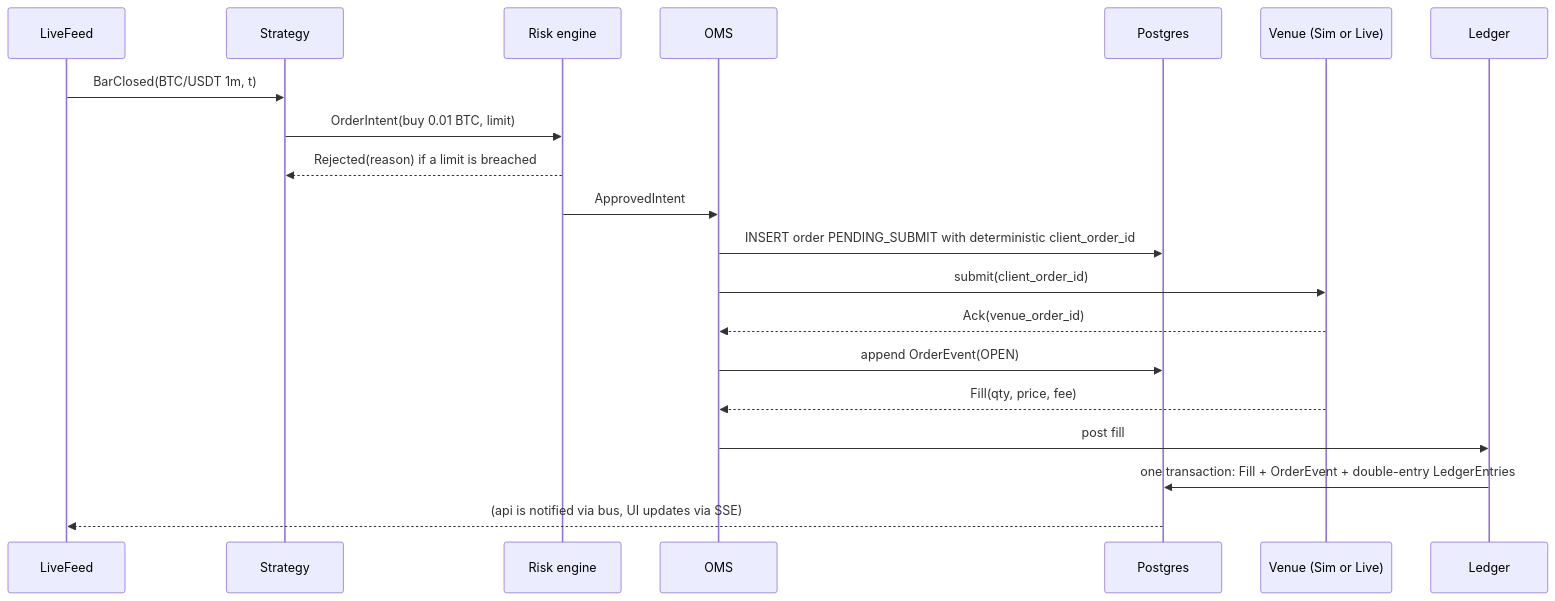
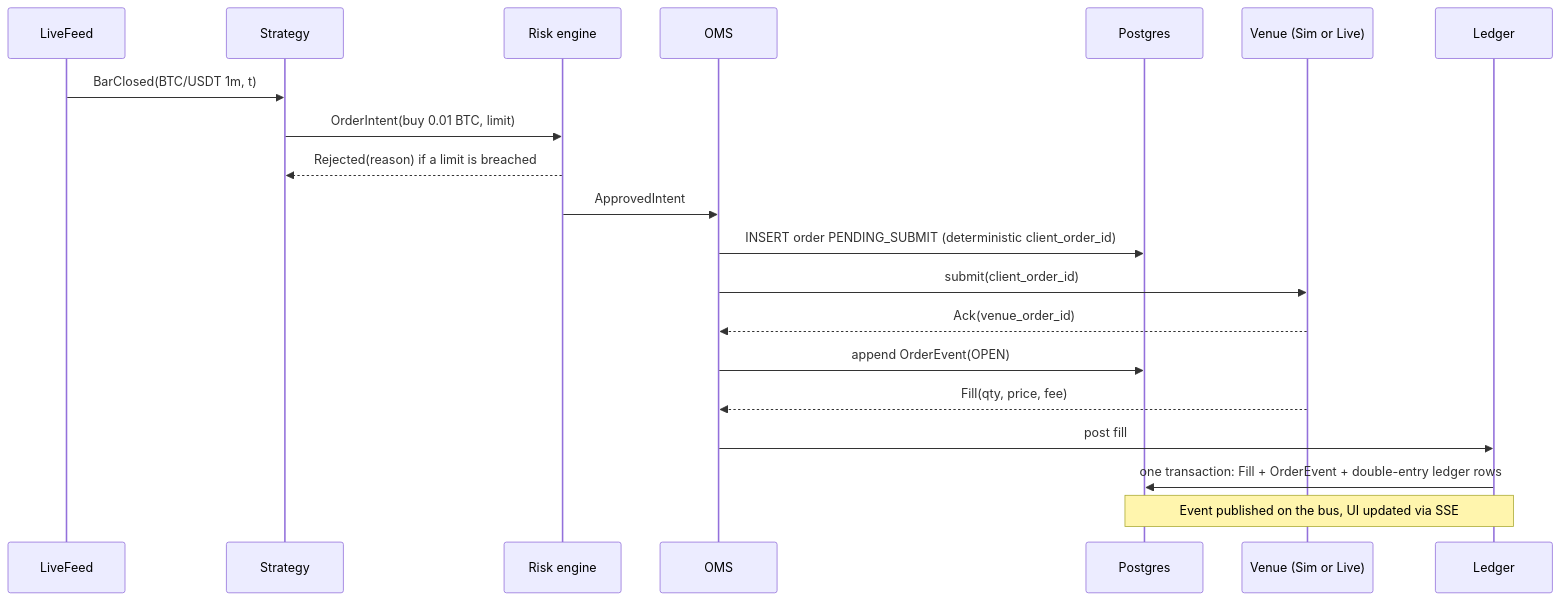
The second of 3 diagrams in docs/planning/06-data-and-architecture.md (richiesomething/Ubik), drawn with Mermaid before and after one commit. The commit also changed other lines of this file and 2 other files, not shown here.

````diff
--- a/docs/planning/06-data-and-architecture.md
+++ b/docs/planning/06-data-and-architecture.md
@@ -334,22 +320,22 @@
 ```mermaid
 sequenceDiagram
   participant F as LiveFeed
   participant S as Strategy
   participant R as Risk engine
   participant O as OMS
   participant DB as Postgres
   participant V as Venue (Sim or Live)
   participant L as Ledger
   F->>S: BarClosed(BTC/USDT 1m, t)
   S->>R: OrderIntent(buy 0.01 BTC, limit)
   R-->>S: Rejected(reason) if a limit is breached
   R->>O: ApprovedIntent
-  O->>DB: INSERT order PENDING_SUBMIT with deterministic client_order_id
+  O->>DB: INSERT order PENDING_SUBMIT (deterministic client_order_id)
   O->>V: submit(client_order_id)
   V-->>O: Ack(venue_order_id)
   O->>DB: append OrderEvent(OPEN)
   V-->>O: Fill(qty, price, fee)
   O->>L: post fill
-  L->>DB: one transaction: Fill + OrderEvent + double-entry LedgerEntries
-  DB-->>F: (api is notified via bus, UI updates via SSE)
+  L->>DB: one transaction: Fill + OrderEvent + double-entry ledger rows
+  Note over DB,L: Event published on the bus, UI updated via SSE
 ```
````
